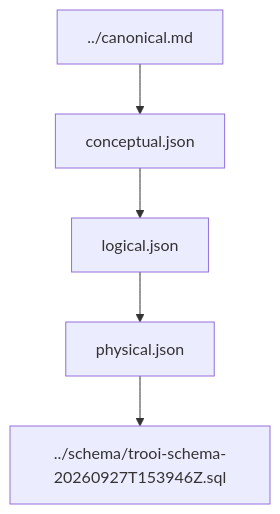
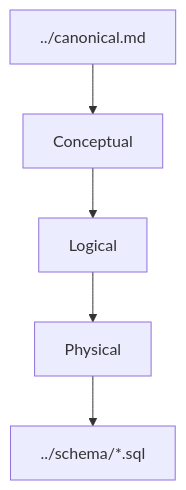
Before and after one commit to Danh20100/moibile_app: the diagram in docs/database/v1/erd/README.md, drawn with Mermaid. The commit also changed other lines of this file and 2 other files, not shown here.

````diff
--- a/docs/database/v1/erd/README.md
+++ b/docs/database/v1/erd/README.md
@@ -13,8 +11,7 @@
 ```mermaid
 flowchart TD
-    C["../canonical.md"]
-    C --> E1["conceptual.json"]
-    E1 --> E2["logical.json"]
-    E2 --> E3["physical.json"]
-    E3 --> SQL["../schema/trooi-schema-20260927T153946Z.sql"]
+    C["../canonical.md"] --> E1["Conceptual"]
+    E1 --> E2["Logical"]
+    E2 --> E3["Physical"]
+    E3 --> SQL["../schema/*.sql"]
 ```
````
